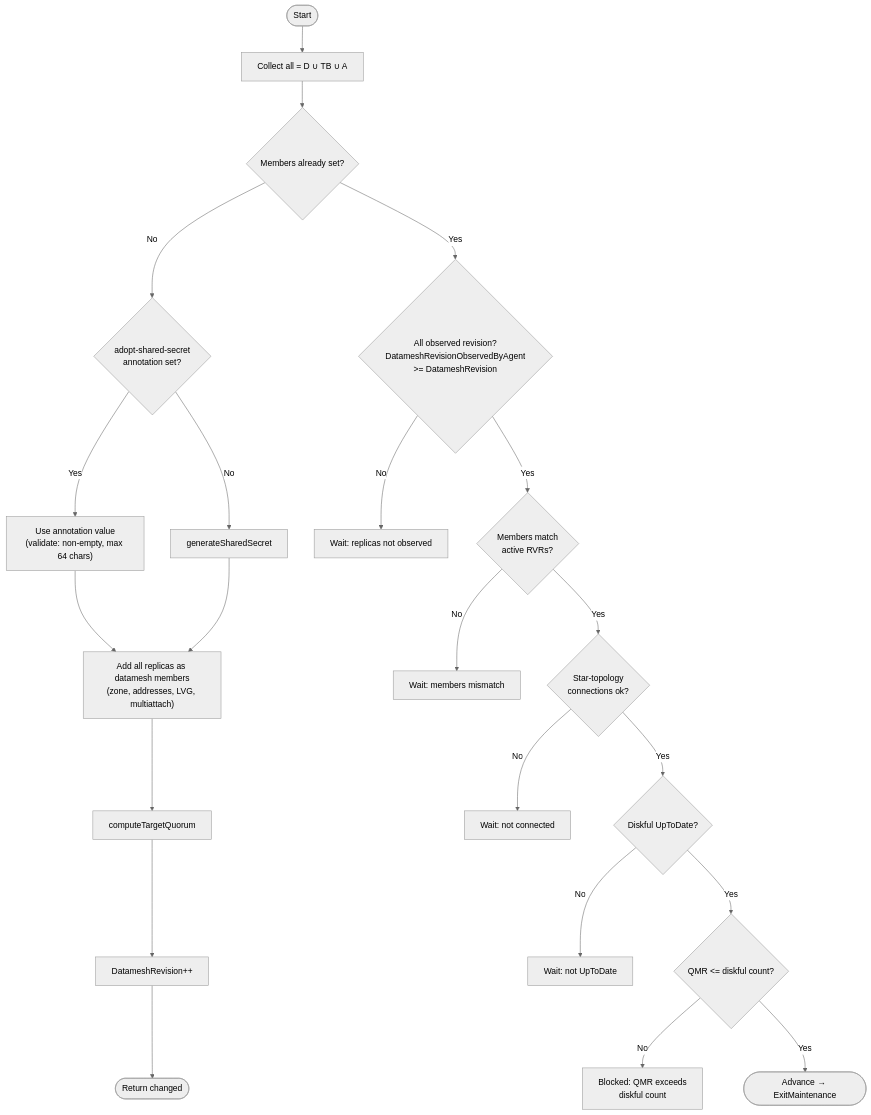
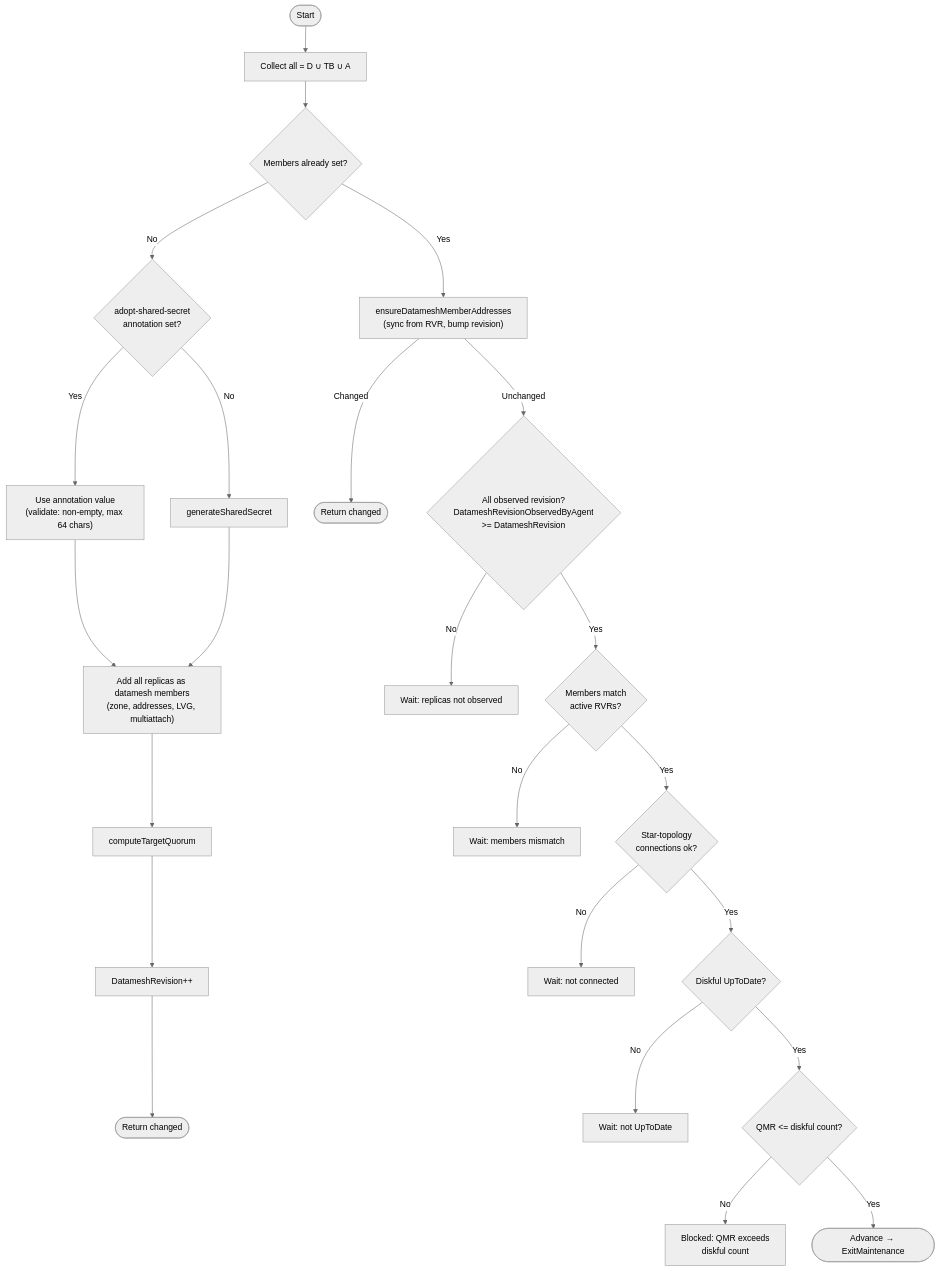
One commit to deckhouse/sds-replicated-volume changed the ninth of 12 diagrams in images/controller/internal/controllers/rv_controller/README.md. Above: the diagram before and after it, drawn with Mermaid (neutral theme). The commit also changed other lines of this file and 3 other files, not shown here.

First line of the commit message:
[rv-controller] Sync datamesh member addresses from RVR during adopt formation

````diff
--- a/images/controller/internal/controllers/rv_controller/README.md
+++ b/images/controller/internal/controllers/rv_controller/README.md
@@ -793,31 +795,33 @@
 ```mermaid
 flowchart TD
     Start([Start]) --> CollectAll["Collect all = D ∪ TB ∪ A"]
 
     CollectAll --> CheckMembers{Members already set?}
     CheckMembers -->|No| CheckAnnotation{"adopt-shared-secret<br/>annotation set?"}
     CheckAnnotation -->|Yes| UseAnnotation["Use annotation value<br/>(validate: non-empty, max 64 chars)"]
     CheckAnnotation -->|No| GenSecret[generateSharedSecret]
     UseAnnotation --> AddMembers["Add all replicas as datamesh members<br/>(zone, addresses, LVG, multiattach)"]
     GenSecret --> AddMembers
     AddMembers --> SetQuorum[computeTargetQuorum]
     SetQuorum --> IncrRevision["DatameshRevision++"]
     IncrRevision --> ReturnChanged([Return changed])
 
-    CheckMembers -->|Yes| CheckObserved{"All observed revision?<br/>DatameshRevisionObservedByAgent<br/>>= DatameshRevision"}
+    CheckMembers -->|Yes| SyncAddr["ensureDatameshMemberAddresses<br/>(sync from RVR, bump revision)"]
+    SyncAddr -->|Changed| ReturnChanged2([Return changed])
+    SyncAddr -->|Unchanged| CheckObserved{"All observed revision?<br/>DatameshRevisionObservedByAgent<br/>>= DatameshRevision"}
     CheckObserved -->|No| WaitObserved["Wait: replicas not observed"]
 
     CheckObserved -->|Yes| CheckMembersMatch{Members match<br/>active RVRs?}
     CheckMembersMatch -->|No| WaitMismatch["Wait: members mismatch"]
 
     CheckMembersMatch -->|Yes| CheckConnected{"Star-topology<br/>connections ok?"}
     CheckConnected -->|No| WaitConn["Wait: not connected"]
 
     CheckConnected -->|Yes| CheckUpToDate{Diskful UpToDate?}
     CheckUpToDate -->|No| WaitUTD["Wait: not UpToDate"]
 
     CheckUpToDate -->|Yes| CheckQMR{"QMR <= diskful count?"}
     CheckQMR -->|No| WaitQMR["Blocked: QMR exceeds<br/>diskful count"]
 
     CheckQMR -->|Yes| Advance(["Advance → ExitMaintenance"])
 ```
````
